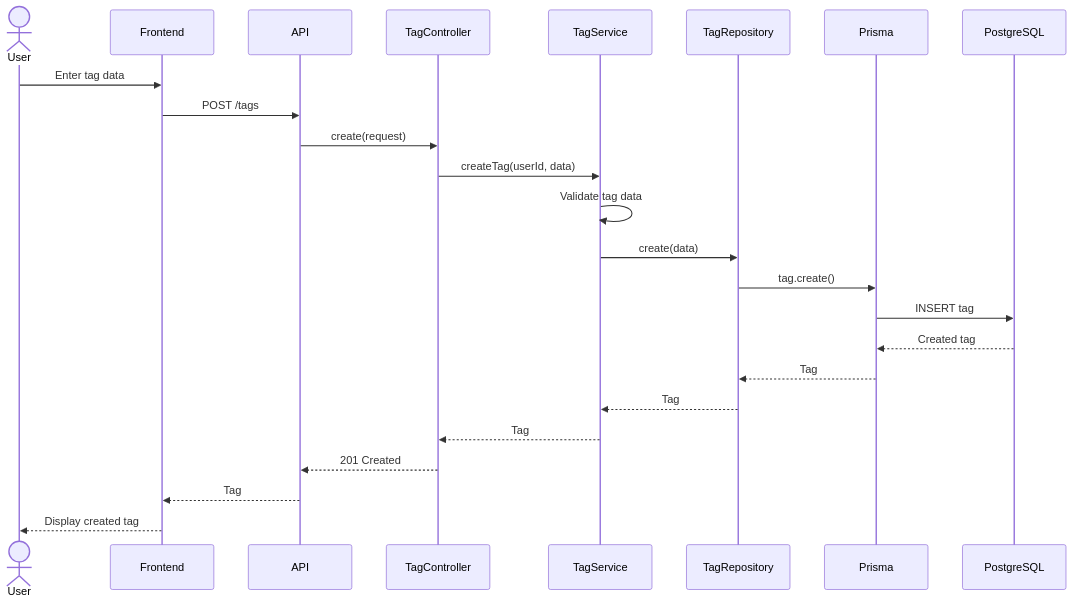
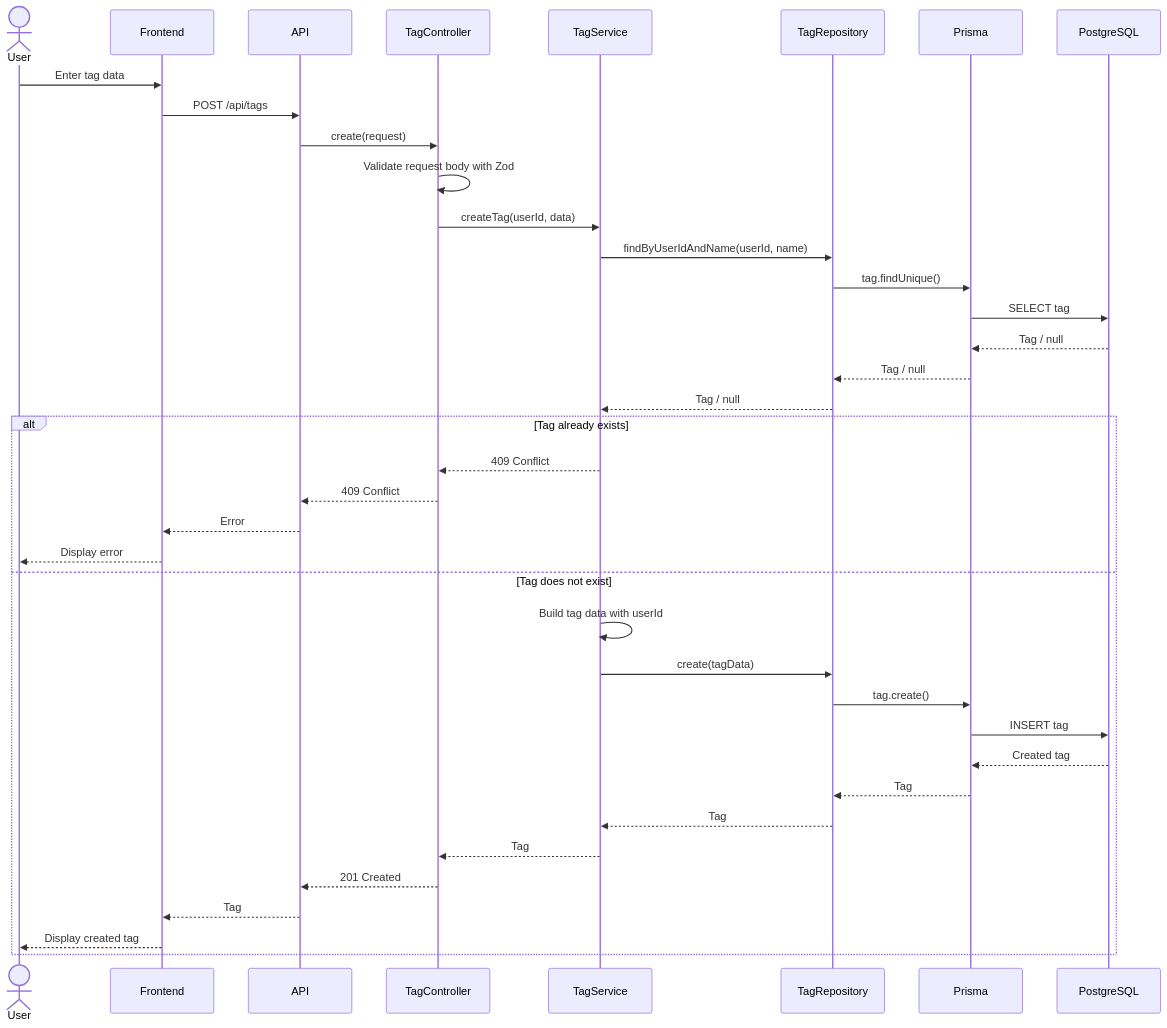
Before and after one commit to davihenriquedev1/prodixus: the diagram in docs/diagrams/sequence-diagrams/tag/create.md, drawn with Mermaid. The commit also changed other lines of this file and 3 other files, not shown here.

Commit message:
docs(tag): update tag sequence diagrams

````diff
--- a/docs/diagrams/sequence-diagrams/tag/create.md
+++ b/docs/diagrams/sequence-diagrams/tag/create.md
@@ -3,49 +3,49 @@
 ```mermaid
 sequenceDiagram
 
     actor User
-
     participant Frontend
-
     participant API
-
     participant TagController
-
     participant TagService
-
     participant TagRepository
-
     participant Prisma
-
     participant PostgreSQL
 
     User->>Frontend: Enter tag data
 
-    Frontend->>API: POST /tags
+    Frontend->>API: POST /api/tags
+    API->>TagController: create(request)
 
-    API->>TagController: create(request)
+    TagController->>TagController: Validate request body with Zod
 
     TagController->>TagService: createTag(userId, data)
 
-    TagService->>TagService: Validate tag data
+    TagService->>TagRepository: findByUserIdAndName(userId, name)
+    TagRepository->>Prisma: tag.findUnique()
+    Prisma->>PostgreSQL: SELECT tag
+    PostgreSQL-->>Prisma: Tag / null
+    Prisma-->>TagRepository: Tag / null
+    TagRepository-->>TagService: Tag / null
 
-    TagService->>TagRepository: create(data)
+    alt Tag already exists
+        TagService-->>TagController: 409 Conflict
+        TagController-->>API: 409 Conflict
+        API-->>Frontend: Error
+        Frontend-->>User: Display error
+    else Tag does not exist
+        TagService->>TagService: Build tag data with userId
 
-    TagRepository->>Prisma: tag.create()
+        TagService->>TagRepository: create(tagData)
+        TagRepository->>Prisma: tag.create()
+        Prisma->>PostgreSQL: INSERT tag
+        PostgreSQL-->>Prisma: Created tag
+        Prisma-->>TagRepository: Tag
+        TagRepository-->>TagService: Tag
 
-    Prisma->>PostgreSQL: INSERT tag
-
-    PostgreSQL-->>Prisma: Created tag
-
-    Prisma-->>TagRepository: Tag
-
-    TagRepository-->>TagService: Tag
-
-    TagService-->>TagController: Tag
-
-    TagController-->>API: 201 Created
-
-    API-->>Frontend: Tag
-
-    Frontend-->>User: Display created tag
+        TagService-->>TagController: Tag
+        TagController-->>API: 201 Created
+        API-->>Frontend: Tag
+        Frontend-->>User: Display created tag
+    end
 ```
````
